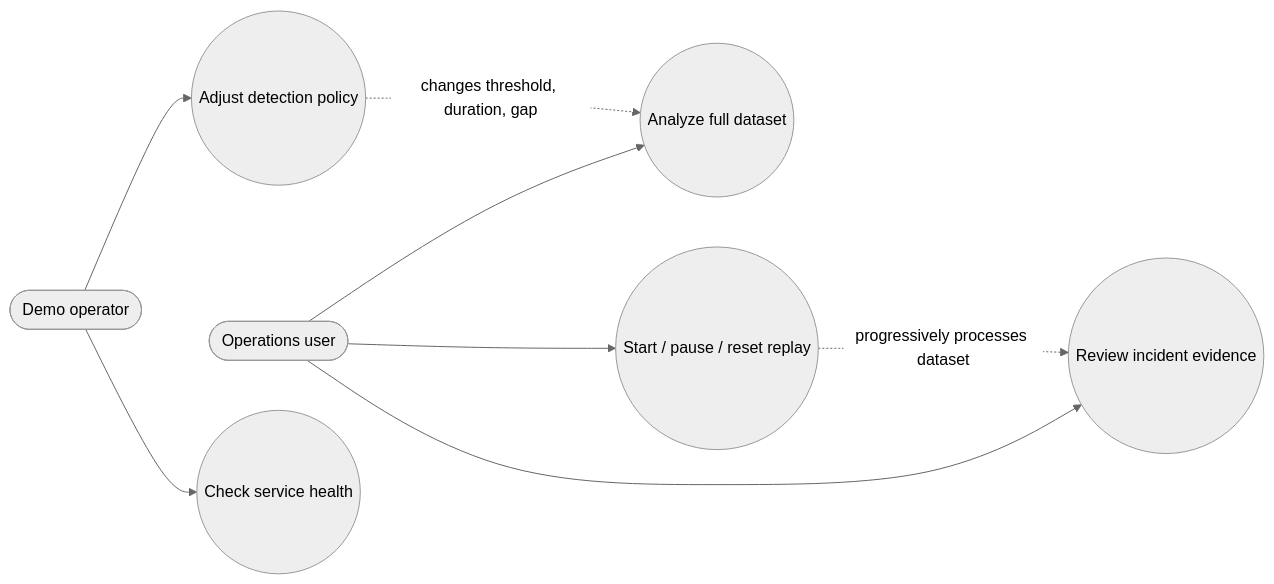
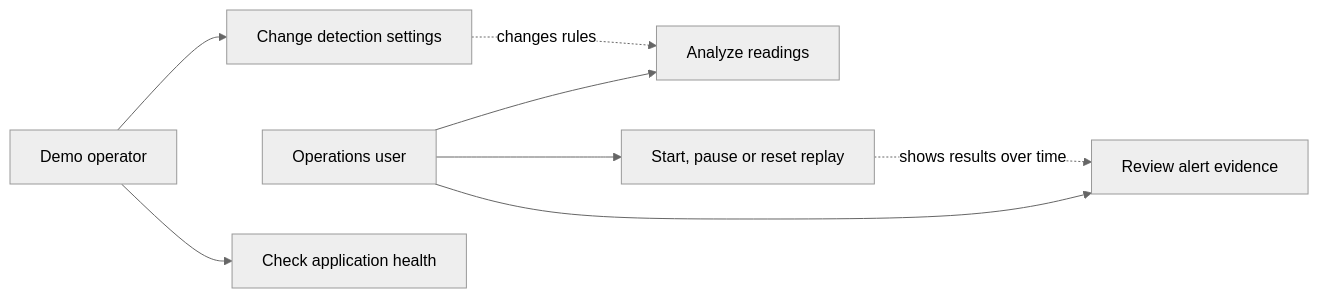
Before and after one commit to kuldeepgouranna-git/case-study: the second of 2 diagrams in SOLUTION.md, drawn with Mermaid (neutral theme). The commit also changed other lines of this file and 16 other files, not shown here.

````diff
--- a/SOLUTION.md
+++ b/SOLUTION.md
@@ -60,17 +85,17 @@
-```mermaid
+``` mermaid
 flowchart LR
-    Ops([Operations user])
-    Dev([Demo operator])
-    API((Analyze full dataset))
-    Replay((Start / pause / reset replay))
-    Review((Review incident evidence))
-    Policy((Adjust detection policy))
-    Health((Check service health))
-    Ops --> API
+    Ops[Operations user]
+    Demo[Demo operator]
+    Analyze[Analyze readings]
+    Review[Review alert evidence]
+    Replay[Start, pause or reset replay]
+    Policy[Change detection settings]
+    Health[Check application health]
+    Ops --> Analyze
     Ops --> Review
     Ops --> Replay
-    Dev --> Policy
-    Dev --> Health
-    Policy -. changes threshold, duration, gap .-> API
-    Replay -. progressively processes dataset .-> Review
+    Demo --> Policy
+    Demo --> Health
+    Policy -. changes rules .-> Analyze
+    Replay -. shows results over time .-> Review
 ```
````
